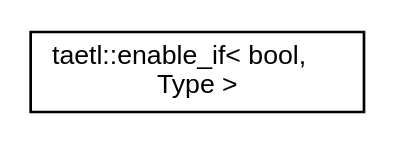
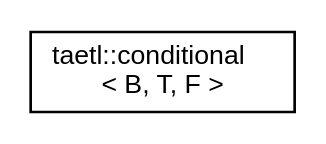
One commit to tobanteAudio/taetl changed the diagram in inherit_graph_1.dot. Above: the diagram before and after it, drawn with Graphviz. The commit also changed 72 other files, not shown here.

```diff
--- a/inherit_graph_1.dot
+++ b/inherit_graph_1.dot
@@ -1,7 +1,7 @@
 digraph "Graphical Class Hierarchy"
 {
   edge [fontname="Helvetica",fontsize="10",labelfontname="Helvetica",labelfontsize="10"];
   node [fontname="Helvetica",fontsize="10",shape=record];
   rankdir="LR";
-  Node0 [label="taetl::enable_if\< bool,\l Type \>",height=0.2,width=0.4,color="black", fillcolor="white", style="filled",URL="$structtaetl_1_1enable__if.html",tooltip="Define a member typedef only if a boolean constant is true. "];
+  Node0 [label="taetl::conditional\l\< B, T, F \>",height=0.2,width=0.4,color="black", fillcolor="white", style="filled",URL="$structtaetl_1_1conditional.html",tooltip="Provides member typedef type, which is defined as T if B is true at compile time, or as F if B is fal..."];
 }
```
